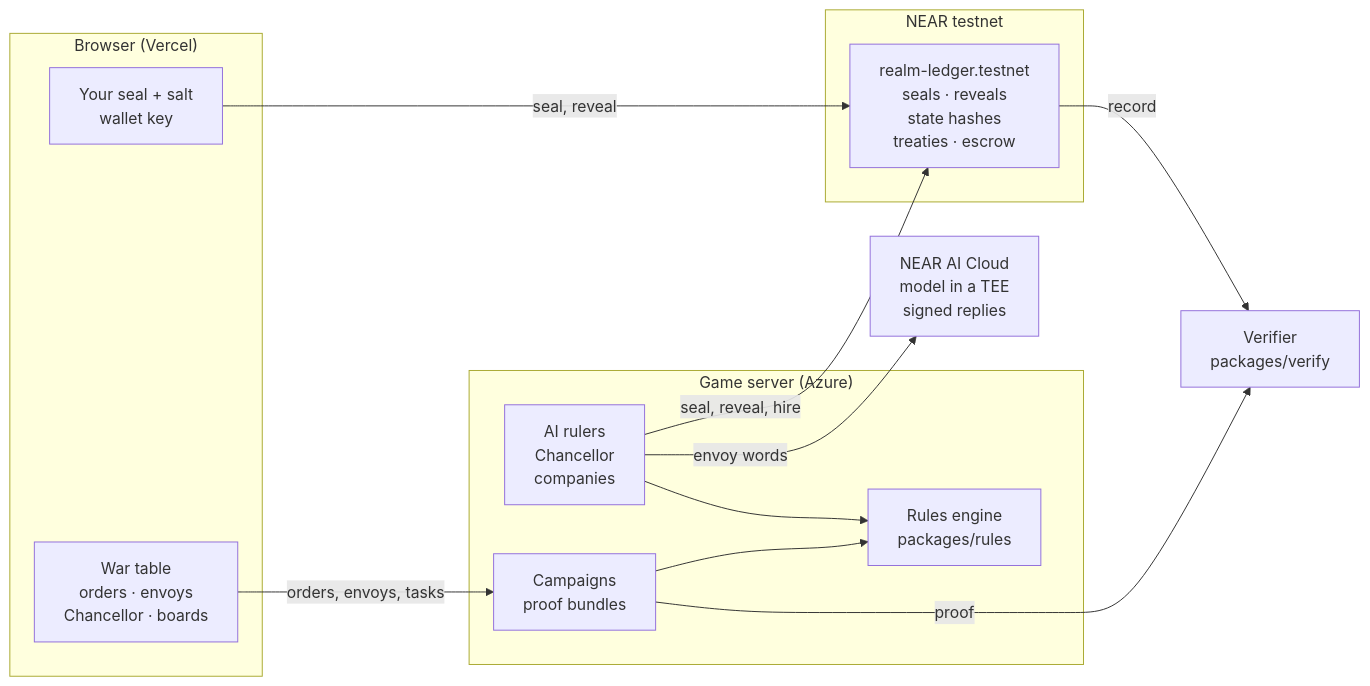
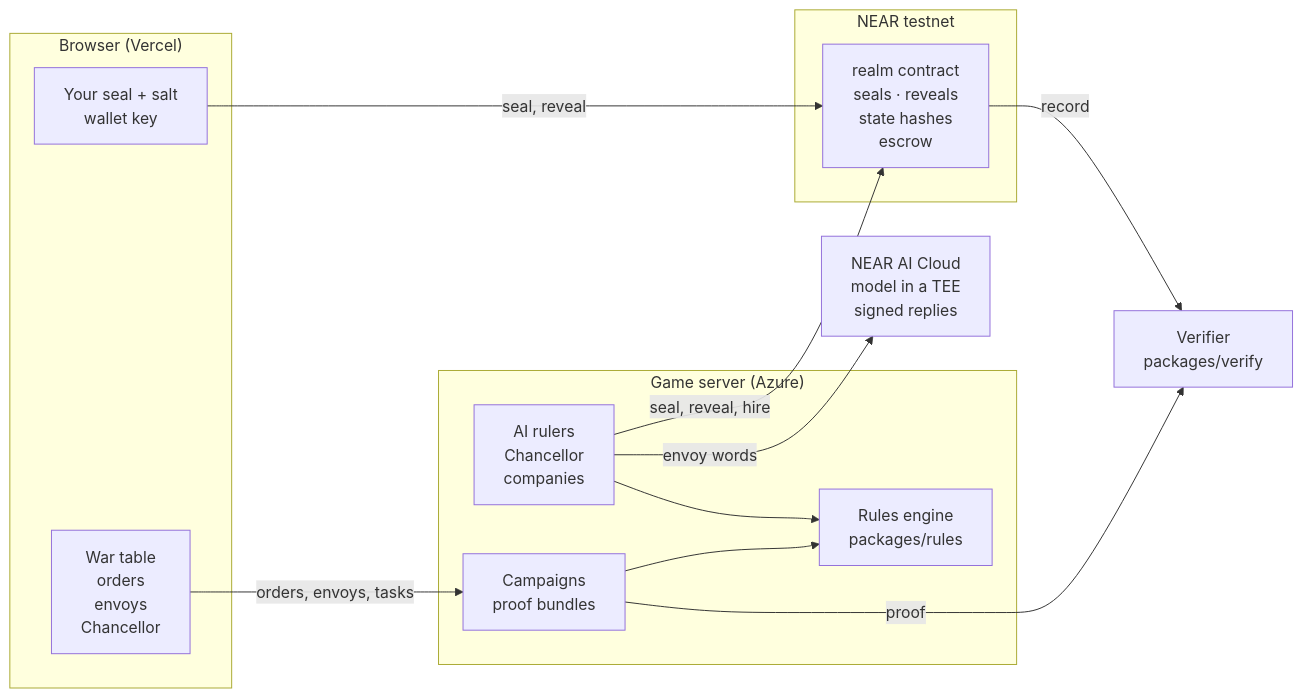
One commit to lopeselio/realm-ledger changed the diagram in README.md. Above: the diagram before and after it, drawn with Mermaid. The commit also changed other lines of this file, not shown here.

Commit message:
README: standing description and shorter diagram labels

````diff
--- a/README.md
+++ b/README.md
@@ -28,26 +28,26 @@
 ```mermaid
 flowchart LR
   subgraph Browser["Browser (Vercel)"]
-    UI["War table<br/>orders · envoys<br/>Chancellor · boards"]
+    UI["War table<br/>orders<br/>envoys<br/>Chancellor"]
     Key["Your seal + salt<br/>wallet key"]
   end
   subgraph Server["Game server (Azure)"]
     Host["Campaigns<br/>proof bundles"]
     AI["AI rulers<br/>Chancellor<br/>companies"]
     Rules["Rules engine<br/>packages/rules"]
   end
   subgraph NEAR["NEAR testnet"]
-    Contract["realm-ledger.testnet<br/>seals · reveals<br/>state hashes<br/>treaties · escrow"]
+    Contract["realm contract<br/>seals · reveals<br/>state hashes<br/>escrow"]
   end
   TEE["NEAR AI Cloud<br/>model in a TEE<br/>signed replies"]
   Verifier["Verifier<br/>packages/verify"]
 
   UI -- orders, envoys, tasks --> Host
   Key -- seal, reveal --> Contract
   Host --> Rules
   AI --> Rules
   AI -- seal, reveal, hire --> Contract
   AI -- envoy words --> TEE
   Host -- proof --> Verifier
   Contract -- record --> Verifier
 ```
````
